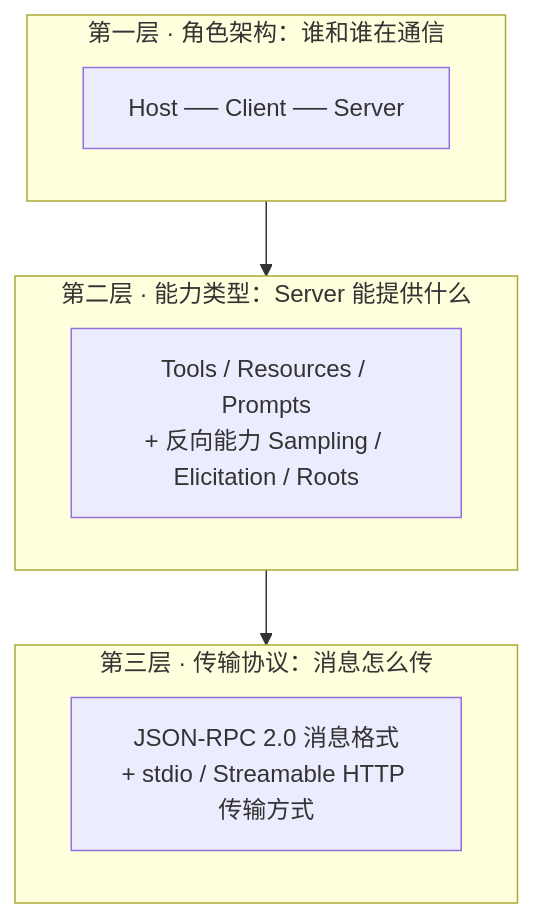
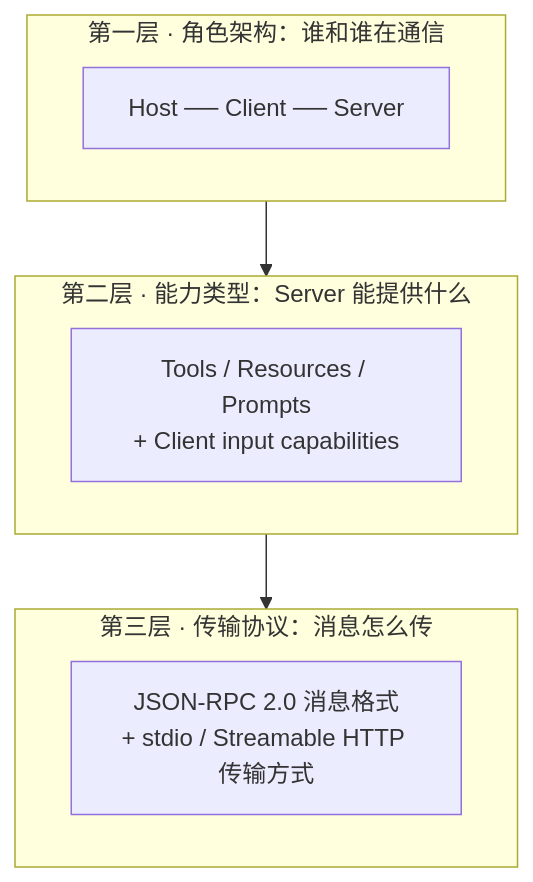
The first of 5 diagrams in docs/tools/05-mcp-components.md (oneleaveknowsthefall/awesome-ai-roadmap), drawn with Mermaid before and after one commit. The commit also changed other lines of this file and 77 other files, not shown here.

Commit message:
docs: audit and modernize the AI roadmap

````diff
--- a/docs/tools/05-mcp-components.md
+++ b/docs/tools/05-mcp-components.md
@@ -9,16 +9,16 @@
 ```mermaid
 flowchart TB
     subgraph L1["第一层 · 角色架构：谁和谁在通信"]
         A["Host ── Client ── Server"]
     end
 
     subgraph L2["第二层 · 能力类型：Server 能提供什么"]
-        B["Tools / Resources / Prompts<br/>+ 反向能力 Sampling / Elicitation / Roots"]
+        B["Tools / Resources / Prompts<br/>+ Client input capabilities"]
     end
 
     subgraph L3["第三层 · 传输协议：消息怎么传"]
         C["JSON-RPC 2.0 消息格式<br/>+ stdio / Streamable HTTP 传输方式"]
     end
 
     L1 --> L2 --> L3
 ```
````
